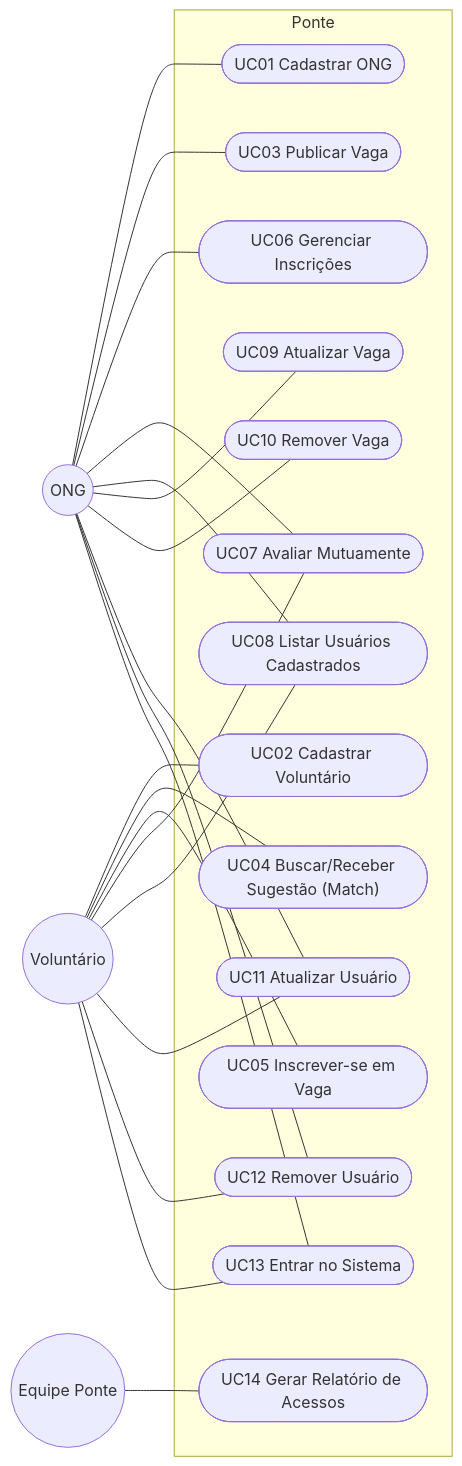
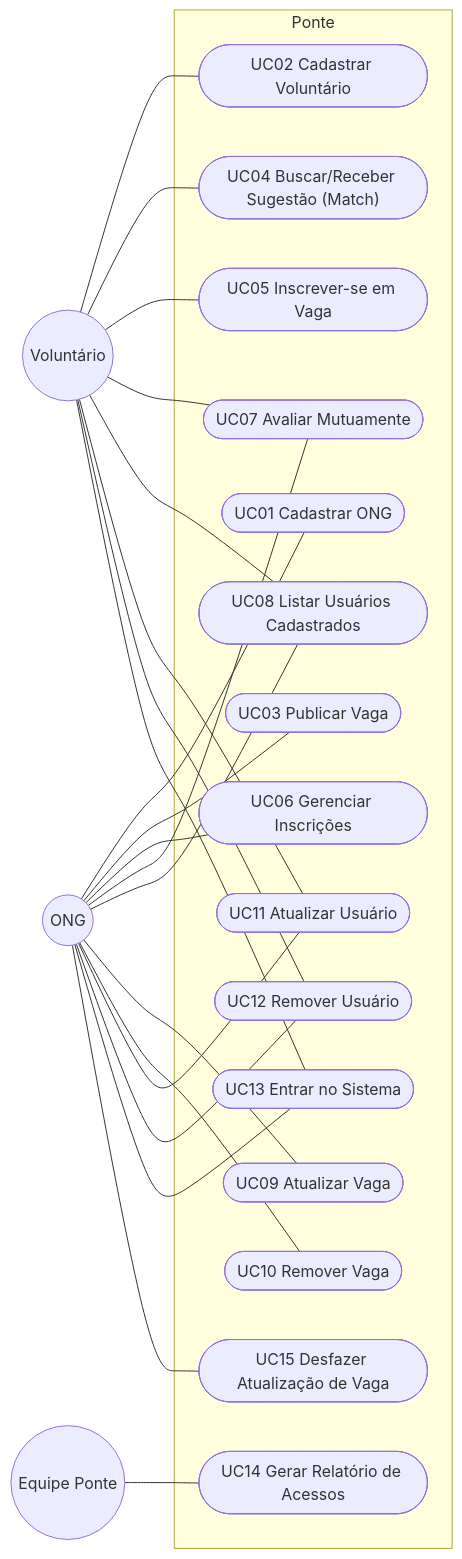
One commit to beapessoa/Ponte-mps changed the diagram in docs/04-casos-de-uso/README.md. Above: the diagram before and after it, drawn with Mermaid. The commit also changed other lines of this file and 6 other files, not shown here.

````diff
--- a/docs/04-casos-de-uso/README.md
+++ b/docs/04-casos-de-uso/README.md
@@ -7,43 +7,45 @@
 ```mermaid
 flowchart LR
     ONG(("ONG"))
     Voluntario(("Voluntário"))
     Equipe(("Equipe Ponte"))
 
     subgraph Ponte["Ponte"]
         UC01(["UC01 Cadastrar ONG"])
         UC02(["UC02 Cadastrar Voluntário"])
         UC03(["UC03 Publicar Vaga"])
         UC04(["UC04 Buscar/Receber Sugestão (Match)"])
         UC05(["UC05 Inscrever-se em Vaga"])
         UC06(["UC06 Gerenciar Inscrições"])
         UC07(["UC07 Avaliar Mutuamente"])
         UC08(["UC08 Listar Usuários Cadastrados"])
         UC09(["UC09 Atualizar Vaga"])
         UC10(["UC10 Remover Vaga"])
         UC11(["UC11 Atualizar Usuário"])
         UC12(["UC12 Remover Usuário"])
         UC13(["UC13 Entrar no Sistema"])
         UC14(["UC14 Gerar Relatório de Acessos"])
+        UC15(["UC15 Desfazer Atualização de Vaga"])
     end
 
     ONG --- UC01
     ONG --- UC03
     ONG --- UC06
     ONG --- UC07
     ONG --- UC08
     ONG --- UC09
     ONG --- UC10
     Voluntario --- UC02
     Voluntario --- UC04
     Voluntario --- UC05
     Voluntario --- UC07
     Voluntario --- UC08
     ONG --- UC11
     Voluntario --- UC11
     ONG --- UC12
     Voluntario --- UC12
     ONG --- UC13
     Voluntario --- UC13
     Equipe --- UC14
+    ONG --- UC15
 ```
````
